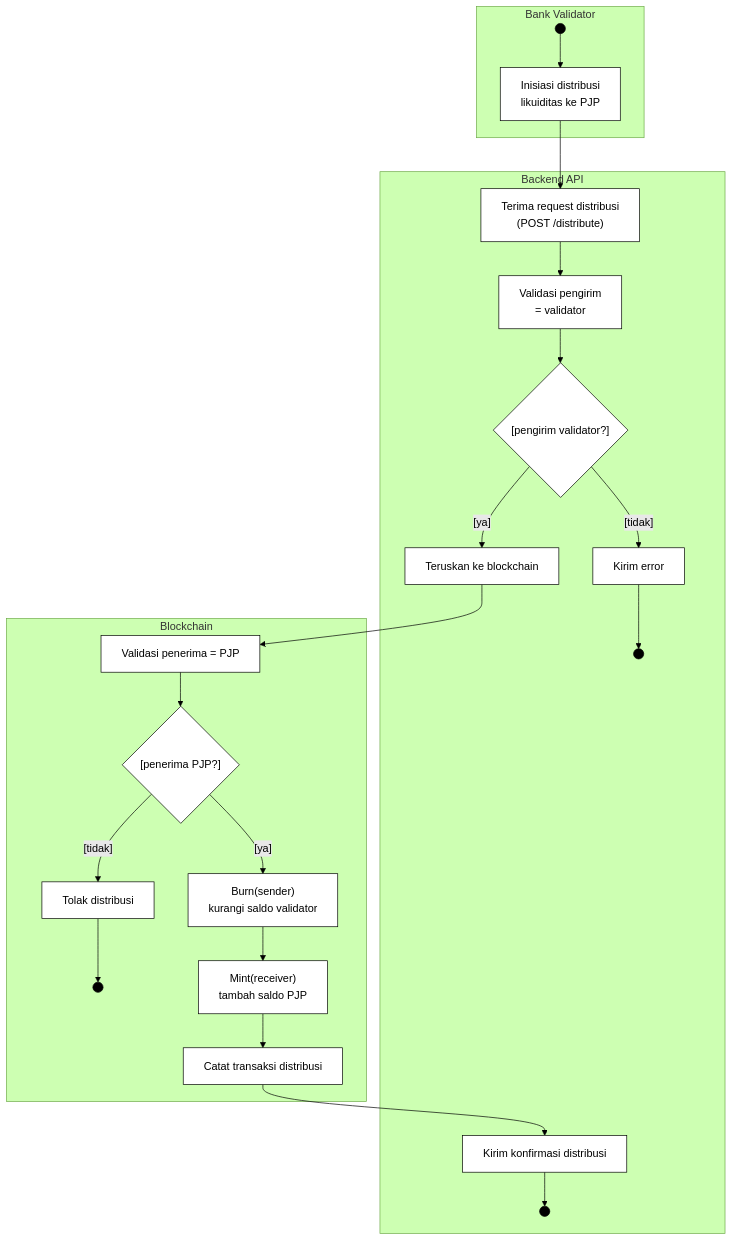
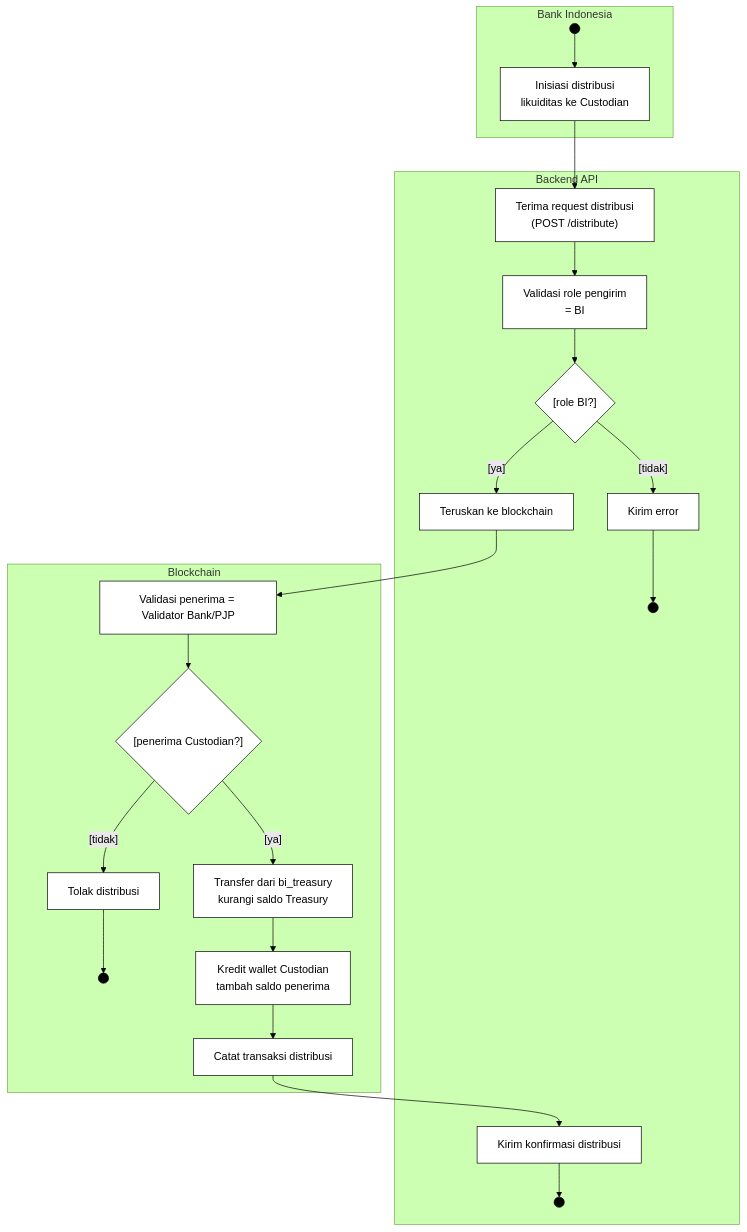
The third of 7 diagrams in bi-coin-fabric/docs/diagrams/mermaid/activity-diagrams.md (mfachrizalg/bi-coin), drawn with Mermaid (forest theme) before and after one commit. The commit also changed other lines of this file and 2186 other files, not shown here.

````diff
--- a/bi-coin-fabric/docs/diagrams/mermaid/activity-diagrams.md
+++ b/bi-coin-fabric/docs/diagrams/mermaid/activity-diagrams.md
@@ -108,49 +109,49 @@
 ```mermaid
 flowchart TD
   classDef startend fill:#000,stroke:#000,color:#fff
   classDef action fill:#fff,stroke:#000,color:#000
   classDef decision fill:#fff,stroke:#000,color:#000
 
-  subgraph lane_a [Bank Validator]
+  subgraph lane_a [Bank Indonesia]
     S3((" ")):::startend
-    C1["Inisiasi distribusi<br>likuiditas ke PJP"]:::action
+    C1["Inisiasi distribusi<br>likuiditas ke Custodian"]:::action
   end
 
   subgraph lane_b [Backend API]
     C2["Terima request distribusi<br>(POST /distribute)"]:::action
-    C3["Validasi pengirim<br>= validator"]:::action
-    D4{"[pengirim validator?]"}:::decision
+    C3["Validasi role pengirim<br>= BI"]:::action
+    D4{"[role BI?]"}:::decision
     C4["Kirim error"]:::action
     E3a((" ")):::startend
     C5["Teruskan ke blockchain"]:::action
     C6["Kirim konfirmasi distribusi"]:::action
     E3b((" ")):::startend
   end
 
   subgraph lane_c [Blockchain]
-    C7["Validasi penerima = PJP"]:::action
-    D5{"[penerima PJP?]"}:::decision
+    C7["Validasi penerima = Validator Bank/PJP"]:::action
+    D5{"[penerima Custodian?]"}:::decision
     C8["Tolak distribusi"]:::action
     E3c((" ")):::startend
-    C9["Burn(sender)<br>kurangi saldo validator"]:::action
-    C10["Mint(receiver)<br>tambah saldo PJP"]:::action
+    C9["Transfer dari bi_treasury<br>kurangi saldo Treasury"]:::action
+    C10["Kredit wallet Custodian<br>tambah saldo penerima"]:::action
     C11["Catat transaksi distribusi"]:::action
   end
 
   S3 --> C1
   C1 --> C2
   C2 --> C3
   C3 --> D4
   D4 -->|"[tidak]"| C4
   C4 --> E3a
   D4 -->|"[ya]"| C5
   C5 --> C7
   C7 --> D5
   D5 -->|"[tidak]"| C8
   C8 --> E3c
   D5 -->|"[ya]"| C9
   C9 --> C10
   C10 --> C11
   C11 --> C6
   C6 --> E3b
 ```
````
